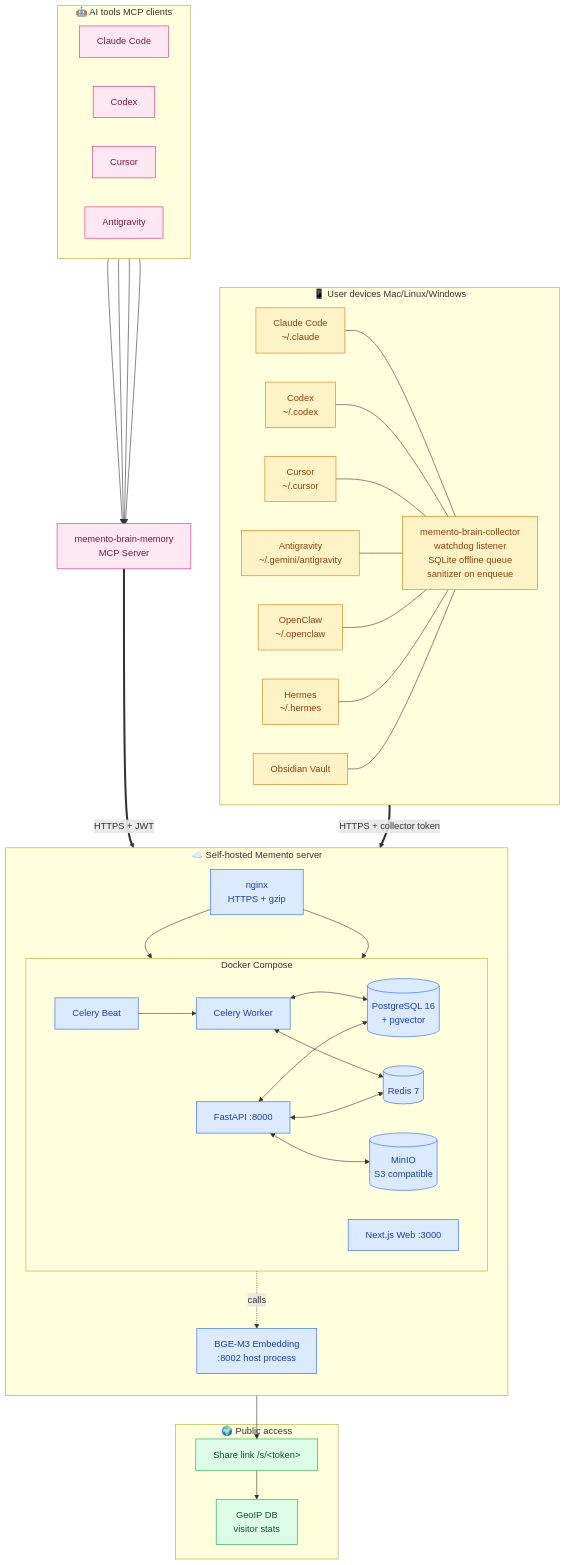
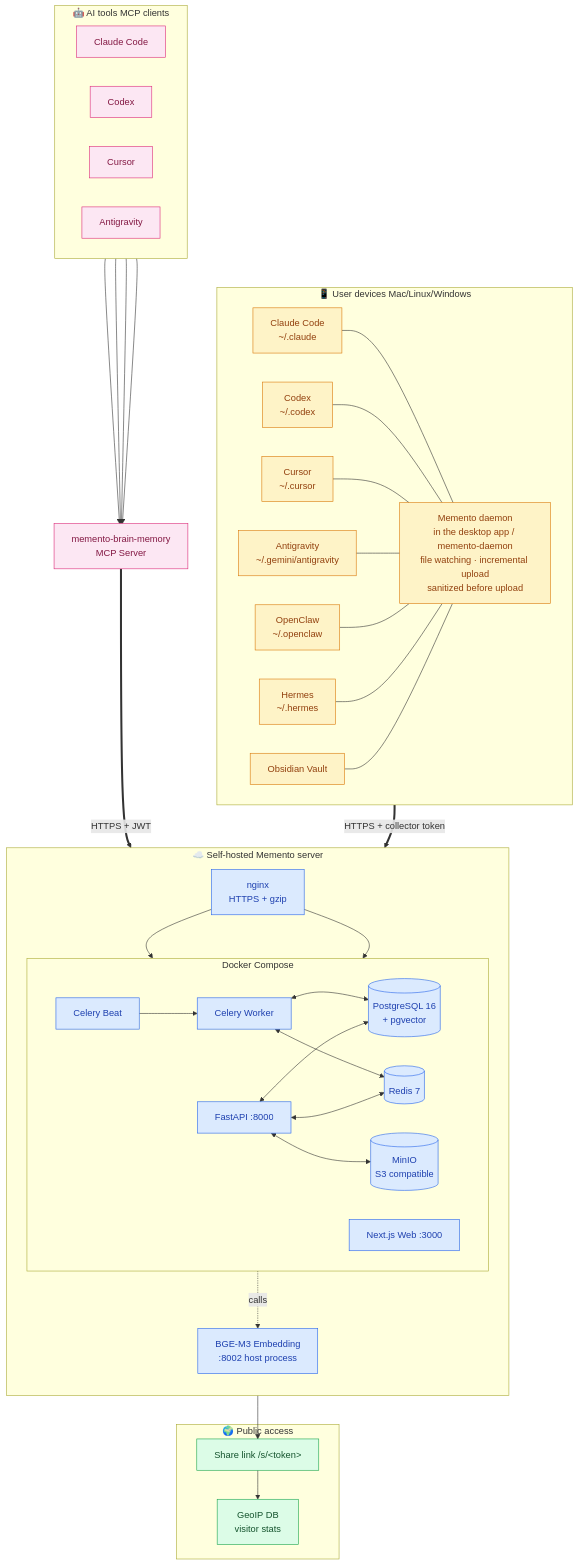
The first of 2 diagrams in README.en.md (agent-memory-atlas-archive/ddong8--memento), drawn with Mermaid before and after one commit. The commit also changed other lines of this file and 78 other files, not shown here.

````diff
--- a/README.en.md
+++ b/README.en.md
@@ -42,82 +40,82 @@
 ```mermaid
 graph TB
     subgraph DEV["📱 User devices Mac/Linux/Windows"]
         direction LR
         CC["Claude Code<br/>~/.claude"]
         CDX["Codex<br/>~/.codex"]
         CUR["Cursor<br/>~/.cursor"]
         AG["Antigravity<br/>~/.gemini/antigravity"]
         OC["OpenClaw<br/>~/.openclaw"]
         HM["Hermes<br/>~/.hermes"]
         OBS["Obsidian Vault"]
-        COL["memento-brain-collector<br/>watchdog listener<br/>SQLite offline queue<br/>sanitizer on enqueue"]
+        COL["Memento daemon<br/>in the desktop app / memento-daemon<br/>file watching · incremental upload<br/>sanitized before upload"]
         CC --- COL
         CDX --- COL
         CUR --- COL
         AG --- COL
         OC --- COL
         HM --- COL
         OBS --- COL
     end
 
     subgraph SRV["☁️ Self-hosted Memento server"]
         direction TB
         NGX["nginx<br/>HTTPS + gzip"]
 
         subgraph DK["Docker Compose"]
             direction LR
             API["FastAPI :8000"]
             WEB["Next.js Web :3000"]
             CW["Celery Worker"]
             CB["Celery Beat"]
             PG[("PostgreSQL 16<br/>+ pgvector")]
             RD[("Redis 7")]
             S3[("MinIO<br/>S3 compatible")]
         end
 
         EMB["BGE-M3 Embedding<br/>:8002 host process"]
 
         NGX --> API
         NGX --> WEB
         API <--> PG
         API <--> RD
         API <--> S3
         API -.calls.-> EMB
         CW <--> PG
         CW <--> RD
         CB --> CW
     end
 
     subgraph CLT["🤖 AI tools MCP clients"]
         direction LR
         MCC["Claude Code"]
         MCDX["Codex"]
         MCUR["Cursor"]
         MAG["Antigravity"]
     end
 
     MCP["memento-brain-memory<br/>MCP Server"]
     MCC --> MCP
     MCDX --> MCP
     MCUR --> MCP
     MAG --> MCP
 
     COL ==>|"HTTPS + collector token"| NGX
     MCP ==>|"HTTPS + JWT"| NGX
 
     subgraph PUB["🌍 Public access"]
         SHARE["Share link /s/&lt;token&gt;"]
         GEO["GeoIP DB<br/>visitor stats"]
     end
     NGX --> SHARE
     SHARE --> GEO
 
     classDef device fill:#fef3c7,stroke:#d97706,color:#92400e
     classDef server fill:#dbeafe,stroke:#2563eb,color:#1e40af
     classDef client fill:#fce7f3,stroke:#db2777,color:#831843
     classDef public fill:#dcfce7,stroke:#16a34a,color:#14532d
     class CC,CDX,CUR,AG,OC,HM,OBS,COL device
     class API,WEB,CW,CB,PG,RD,S3,EMB,NGX server
     class MCC,MCDX,MCUR,MAG,MCP client
     class SHARE,GEO public
 ```
````
